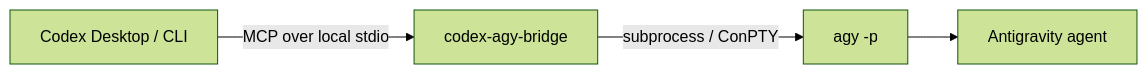
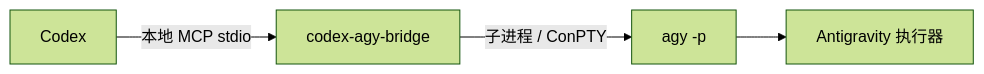
One commit to cocainejia-dev/codex-antigravity-bridge changed the first of 2 diagrams in README.md. Above: the diagram before and after it, drawn with Mermaid (forest theme). The commit also changed other lines of this file and 14 other files, not shown here.

````diff
--- a/README.md
+++ b/README.md
@@ -34,6 +34,6 @@
 ```mermaid
 flowchart LR
-    C[Codex Desktop / CLI] -->|MCP over local stdio| B[codex-agy-bridge]
-    B -->|subprocess / ConPTY| A[agy -p]
-    A --> G[Antigravity agent]
+    C[Codex] -->|本地 MCP stdio| B[codex-agy-bridge]
+    B -->|子进程 / ConPTY| A[agy -p]
+    A --> G[Antigravity 执行器]
 ```
````
